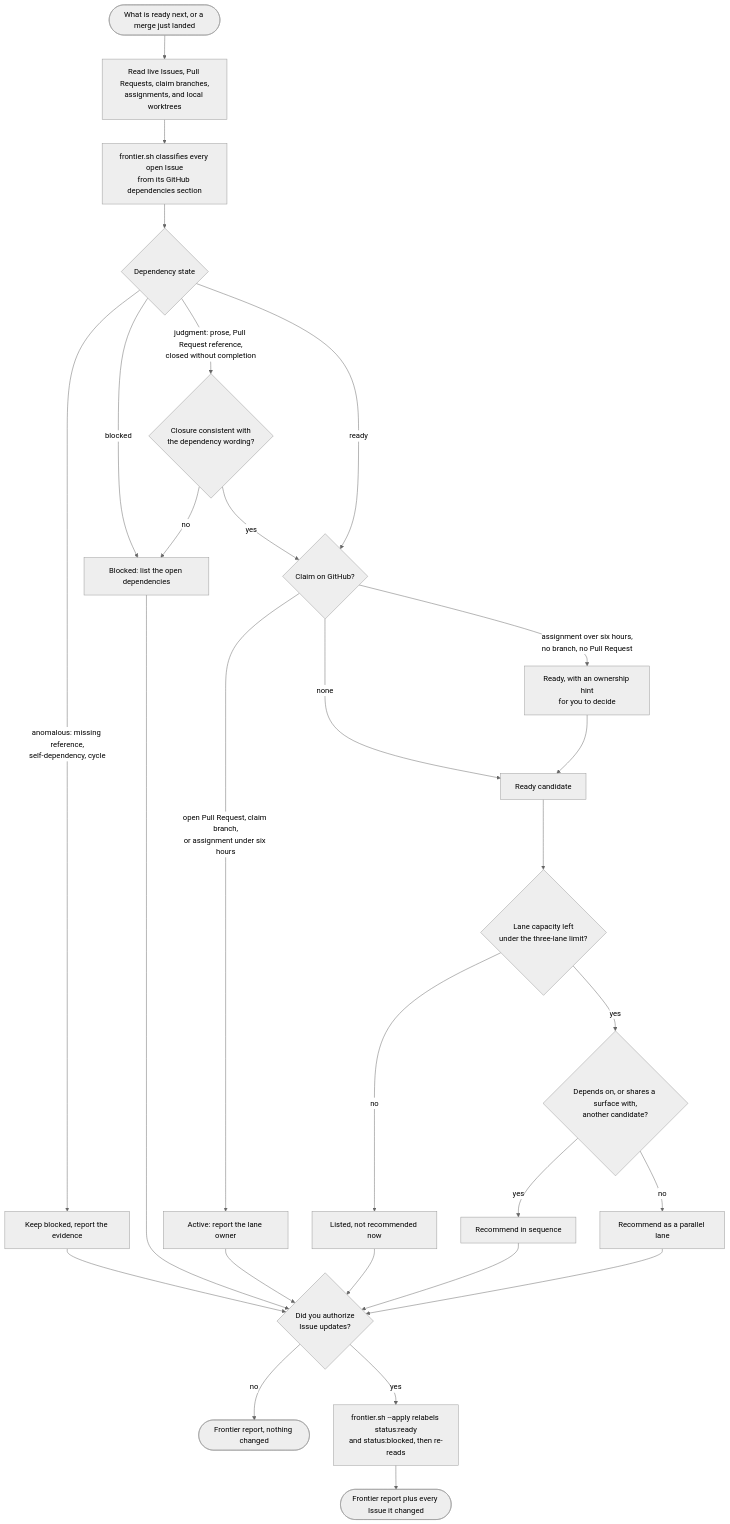
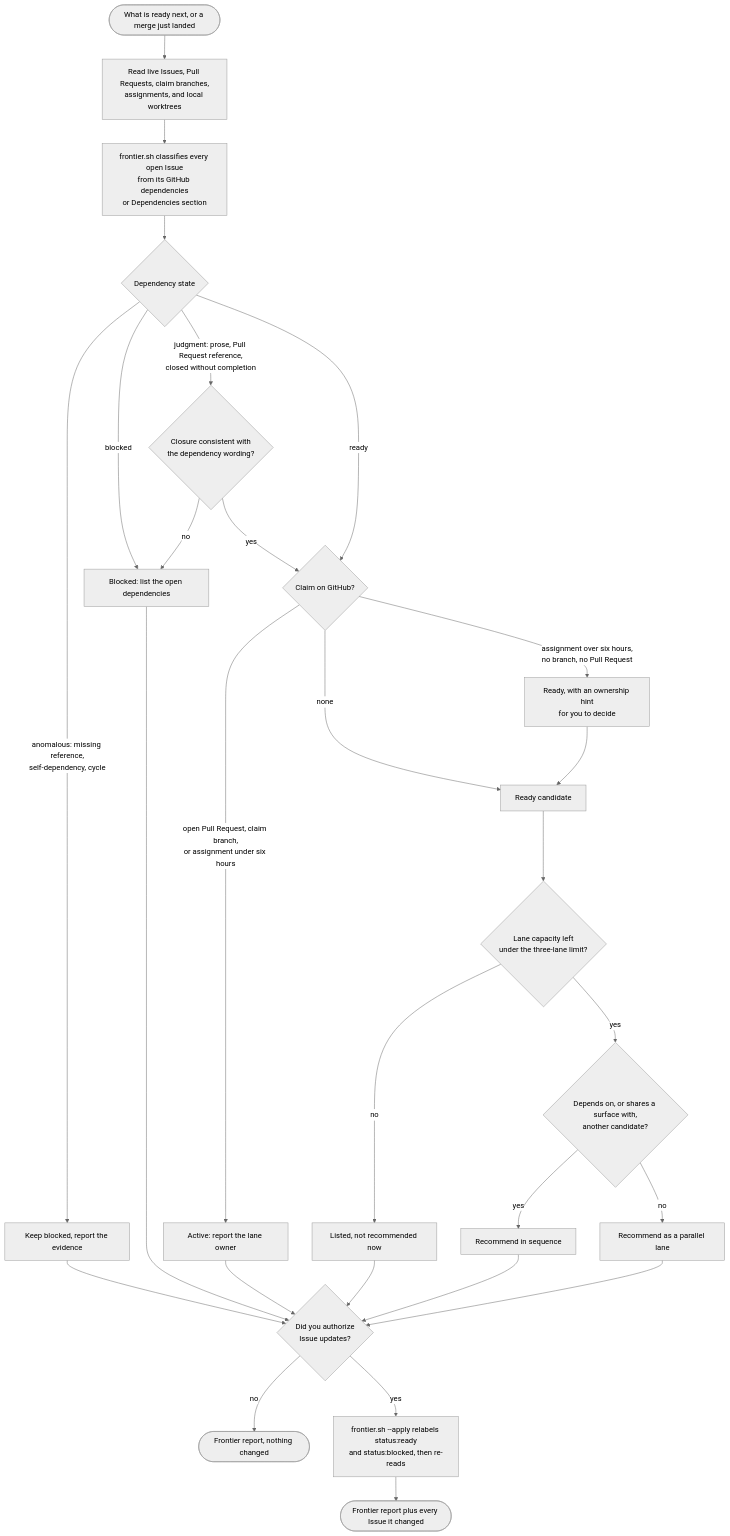
The fourth of 20 diagrams in docs/skill-flows.md (Sannrox/agent-kit), drawn with Mermaid (neutral theme) before and after one commit. The commit also changed 5 other files, not shown here.

Commit message:
fix(advance-issue-frontier): read a plain Dependencies section (#67)

````diff
--- a/docs/skill-flows.md
+++ b/docs/skill-flows.md
@@ -99,30 +99,30 @@
 ```mermaid
 flowchart TD
     start(["What is ready next, or a merge just landed"]) --> live["Read live Issues, Pull Requests, claim branches,<br/>assignments, and local worktrees"]
-    live --> script["frontier.sh classifies every open Issue<br/>from its GitHub dependencies section"]
+    live --> script["frontier.sh classifies every open Issue<br/>from its GitHub dependencies<br/>or Dependencies section"]
     script --> dep{"Dependency state"}
     dep -->|"anomalous: missing reference,<br/>self-dependency, cycle"| anomaly["Keep blocked, report the evidence"]
     dep -->|"blocked"| blockedIssue["Blocked: list the open dependencies"]
     dep -->|"judgment: prose, Pull Request reference,<br/>closed without completion"| judge{"Closure consistent with<br/>the dependency wording?"}
     judge -->|"no"| blockedIssue
     judge -->|"yes"| claim
     dep -->|"ready"| claim{"Claim on GitHub?"}
     claim -->|"open Pull Request, claim branch,<br/>or assignment under six hours"| active["Active: report the lane owner"]
     claim -->|"assignment over six hours,<br/>no branch, no Pull Request"| hint["Ready, with an ownership hint<br/>for you to decide"]
     claim -->|"none"| candidate["Ready candidate"]
     hint --> candidate
     candidate --> cap{"Lane capacity left<br/>under the three-lane limit?"}
     cap -->|"no"| queue["Listed, not recommended now"]
     cap -->|"yes"| collide{"Depends on, or shares a surface with,<br/>another candidate?"}
     collide -->|"yes"| seq["Recommend in sequence"]
     collide -->|"no"| par["Recommend as a parallel lane"]
     anomaly --> mutate
     blockedIssue --> mutate
     active --> mutate
     queue --> mutate
     seq --> mutate
     par --> mutate{"Did you authorize<br/>Issue updates?"}
     mutate -->|"no"| report(["Frontier report, nothing changed"])
     mutate -->|"yes"| apply["frontier.sh --apply relabels status:ready<br/>and status:blocked, then re-reads"]
     apply --> report2(["Frontier report plus every Issue it changed"])
 ```
````
